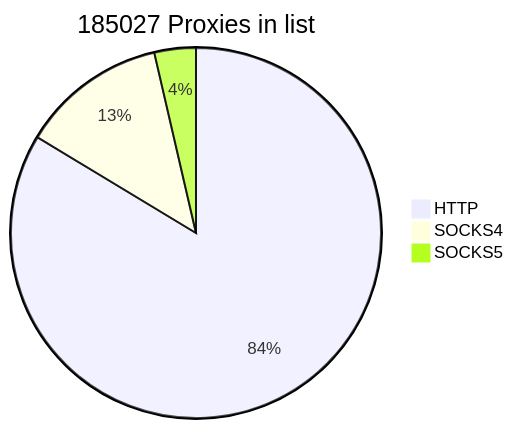
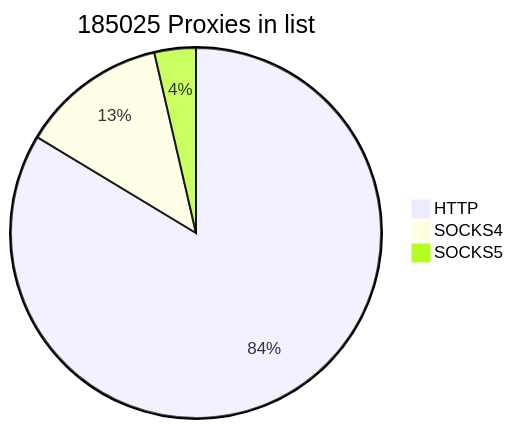
Before and after one commit to cutipu/proxylist: the first of 2 diagrams in README.md, drawn with Mermaid. The commit also changed other lines of this file, not shown here.

````diff
--- a/README.md
+++ b/README.md
@@ -2,7 +2,7 @@
 ```mermaid
-pie title 185027 Proxies in list
+pie title 185025 Proxies in list
     "HTTP" : 154768
-    "SOCKS4" : 23560
+    "SOCKS4" : 23558
     "SOCKS5" : 6699
             
 ```
````
